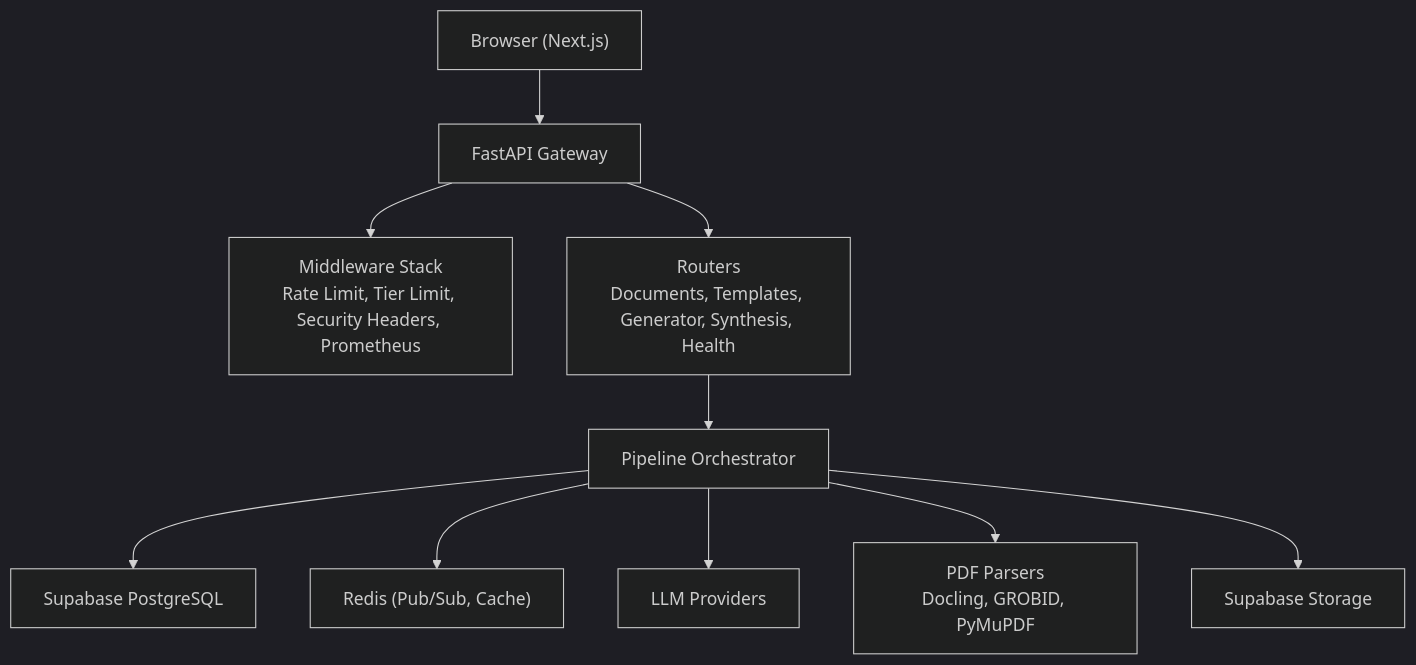
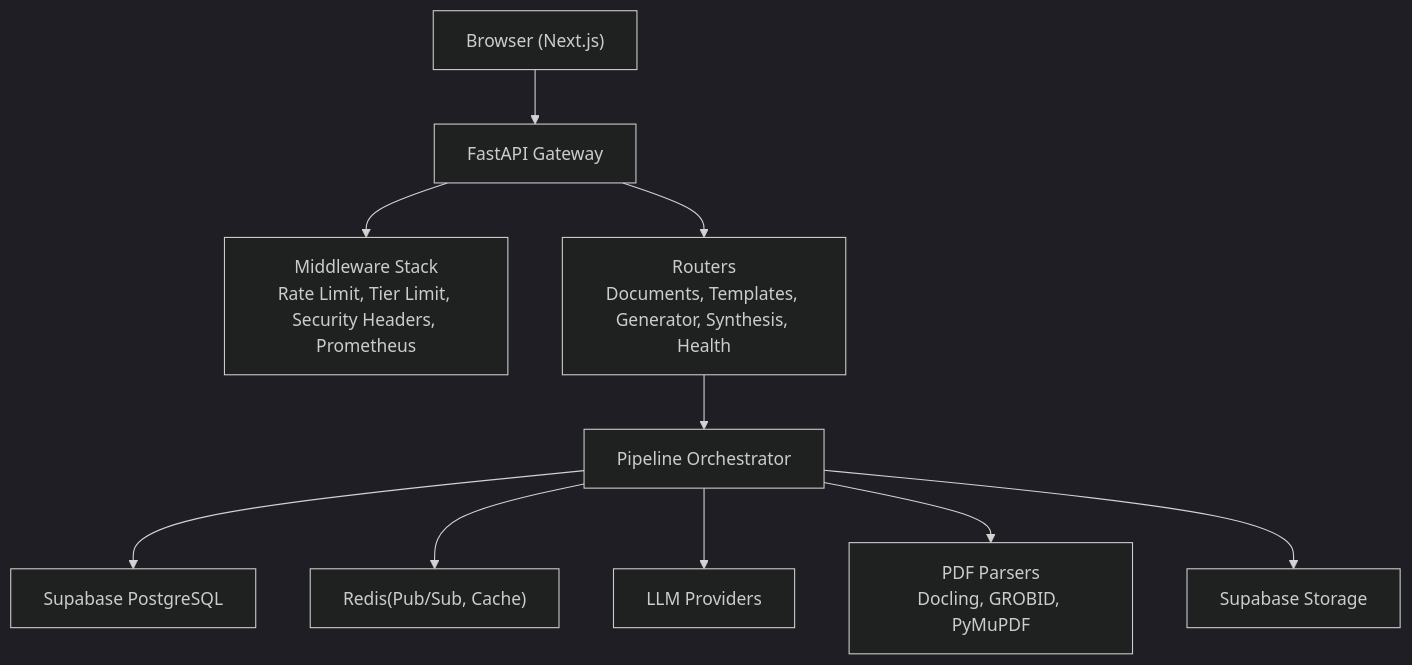
The second of 9 diagrams in docs/docs/knowledge/Architecture Overview/Architecture Overview.md (rohitkumarnaidu/ScholarFormAI), drawn with Mermaid (dark theme) before and after one commit. The commit also changed other lines of this file and 73 other files, not shown here.

First line of the commit message:
docs: enterprise-level markdown upgrade with Mermaid diagrams

````diff
--- a/docs/docs/knowledge/Architecture Overview/Architecture Overview.md
+++ b/docs/docs/knowledge/Architecture Overview/Architecture Overview.md
@@ -124,22 +124,22 @@
 ```mermaid
 graph TB
 Client["Browser (Next.js)"]
 API["FastAPI Gateway"]
 MW["Middleware Stack<br/>Rate Limit, Tier Limit, Security Headers, Prometheus"]
 Routers["Routers<br/>Documents, Templates, Generator, Synthesis, Health"]
 Orchestrator["Pipeline Orchestrator"]
 DB["Supabase PostgreSQL"]
-Cache["Redis (Pub/Sub, Cache)"]
+Cache["Redis(Pub/Sub, Cache)"]
 LLMs["LLM Providers"]
 PDF["PDF Parsers<br/>Docling, GROBID, PyMuPDF"]
 Storage["Supabase Storage"]
 Client --> API
 API --> MW
 API --> Routers
 Routers --> Orchestrator
 Orchestrator --> DB
 Orchestrator --> Cache
 Orchestrator --> LLMs
 Orchestrator --> PDF
 Orchestrator --> Storage
 ```
````
